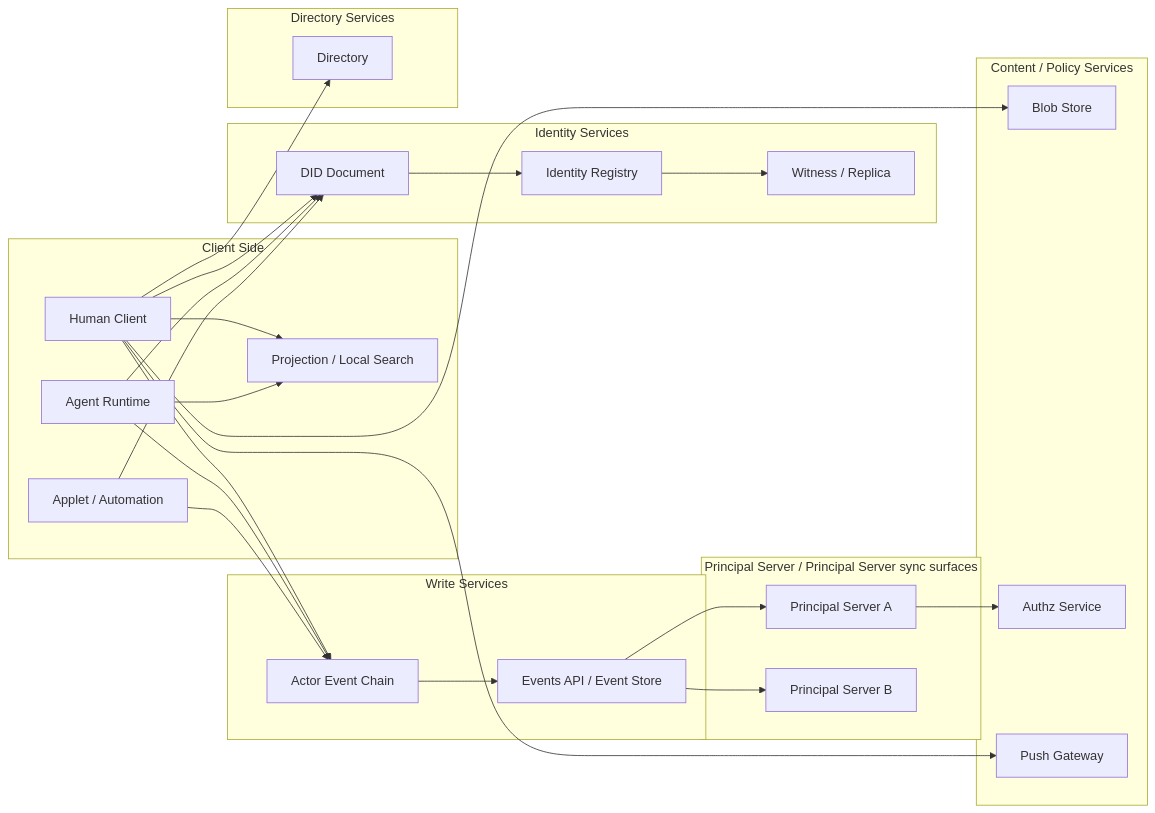
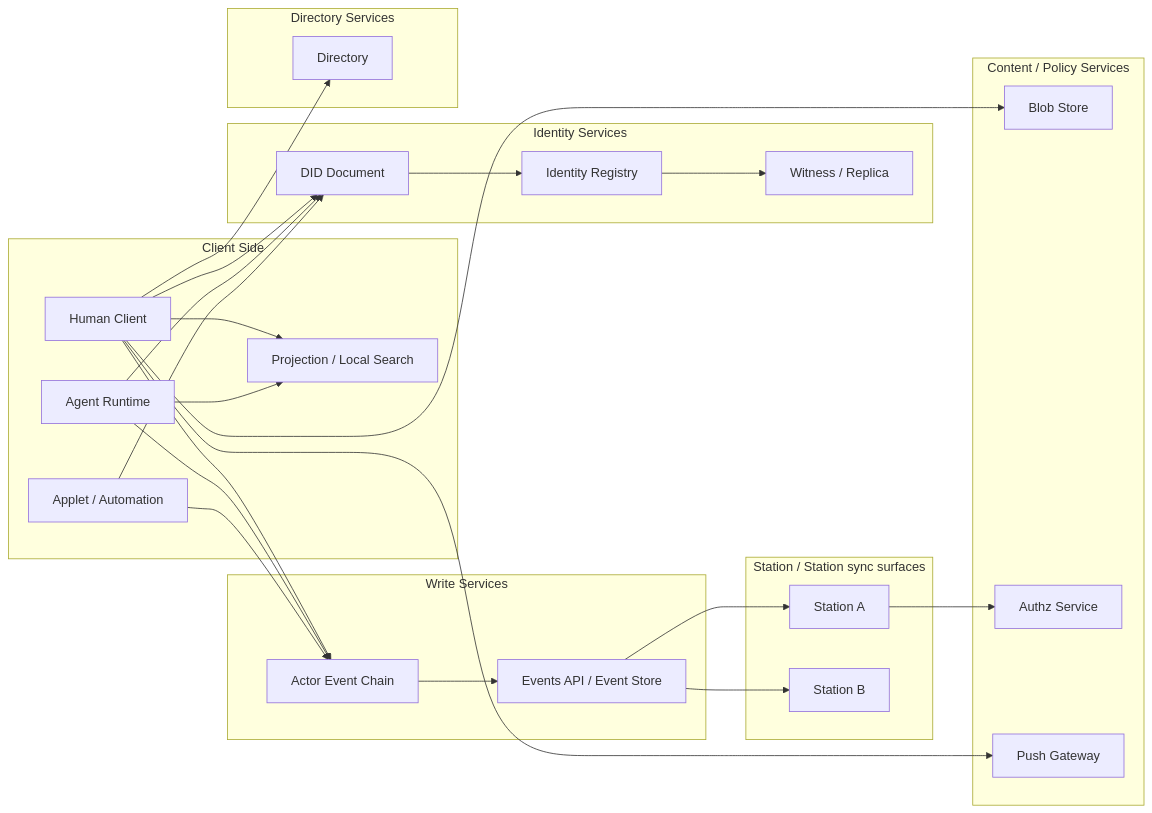
Before and after one commit to arkret-org/arkret-spec: the second of 2 diagrams in spec/v1/zh/overview/architecture.md, drawn with Mermaid. The commit also changed other lines of this file and 201 other files, not shown here.

Commit message:
Migrate Principal Server role to Station

````diff
--- a/spec/v1/zh/overview/architecture.md
+++ b/spec/v1/zh/overview/architecture.md
@@ -321,56 +321,56 @@
 ```mermaid
 flowchart LR
     subgraph "Client Side"
         C1["Human Client"]
         C2["Agent Runtime"]
         C3["Applet / Automation"]
         CQ["Projection / Local Search"]
     end
 
     subgraph "Identity Services"
         DID["DID Document"]
         REG["Identity Registry"]
         WIT["Witness / Replica"]
     end
 
     subgraph "Write Services"
         EV["Actor Event Chain"]
         ER["Events API / Event Store"]
     end
 
-    subgraph "Principal Server / Principal Server sync surfaces"
-        PS1["Principal Server A"]
-        PS2["Principal Server B"]
+    subgraph "Station / Station sync surfaces"
+        PS1["Station A"]
+        PS2["Station B"]
     end
 
     subgraph "Directory Services"
         DIR["Directory"]
     end
 
     subgraph "Content / Policy Services"
         BLOB["Blob Store"]
         AUTHZ["Authz Service"]
         PUSH["Push Gateway"]
     end
 
     C1 --> DID
     C2 --> DID
     C3 --> DID
     DID --> REG
     REG --> WIT
 
     C1 --> EV
     C2 --> EV
     C3 --> EV
     EV --> ER
     ER --> PS1
     ER --> PS2
 
     C1 --> CQ
     C2 --> CQ
     C1 --> DIR
     C1 --> BLOB
 
     PS1 --> AUTHZ
     C1 --> PUSH
 ```
````
